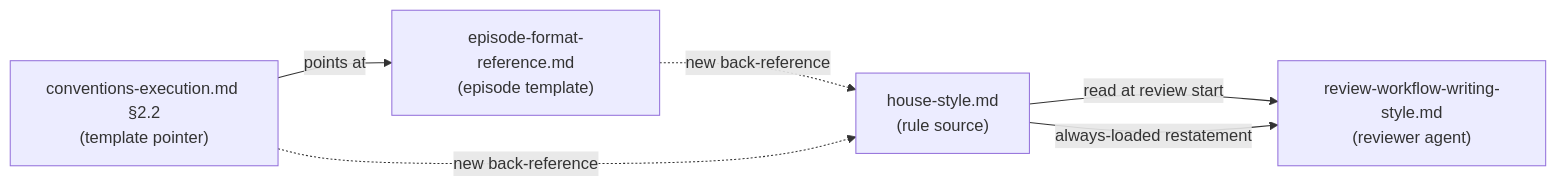
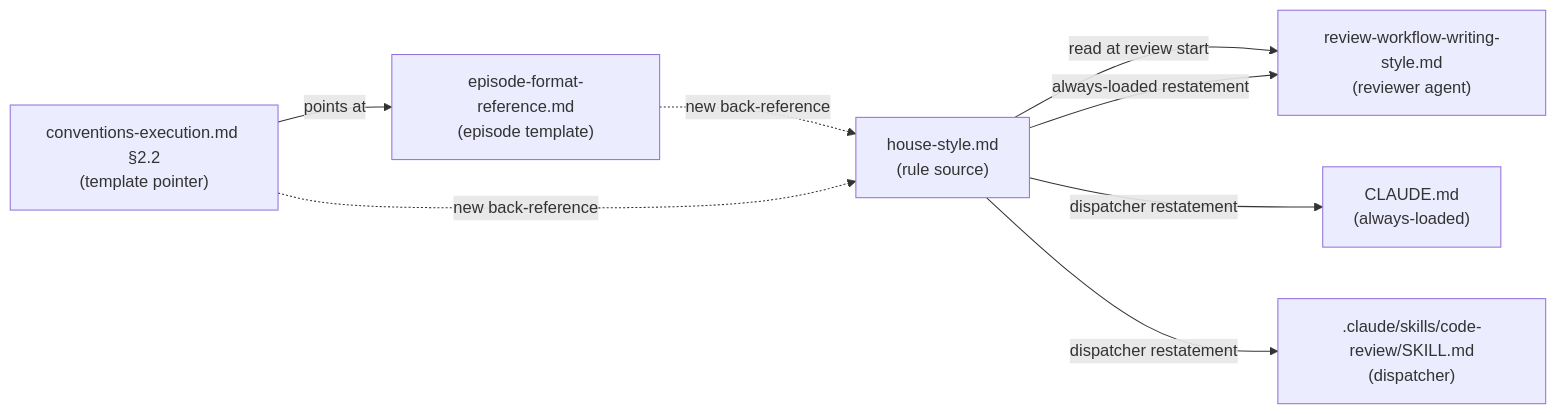
One commit to JetBrains/youtrackdb changed the diagram in docs/adr/ytdb-899-structured-field-carveout/_workflow/implementation-plan.md. Above: the diagram before and after it, drawn with Mermaid. The commit also changed other lines of this file and 2 other files, not shown here.

First line of the commit message:
YTDB-899: Phase A review and decomposition for Track 1

````diff
--- a/docs/adr/ytdb-899-structured-field-carveout/_workflow/implementation-plan.md
+++ b/docs/adr/ytdb-899-structured-field-carveout/_workflow/implementation-plan.md
@@ -30,13 +30,17 @@
 ```mermaid
 flowchart LR
     HS["house-style.md<br/>(rule source)"]
     RW["review-workflow-writing-style.md<br/>(reviewer agent)"]
+    CL["CLAUDE.md<br/>(always-loaded)"]
+    CR[".claude/skills/code-review/SKILL.md<br/>(dispatcher)"]
     EFR["episode-format-reference.md<br/>(episode template)"]
     CE22["conventions-execution.md §2.2<br/>(template pointer)"]
 
     HS -->|read at review start| RW
     HS -->|always-loaded restatement| RW
+    HS -->|dispatcher restatement| CL
+    HS -->|dispatcher restatement| CR
     EFR -.->|new back-reference| HS
     CE22 -.->|new back-reference| HS
     CE22 -->|points at| EFR
 ```
````
